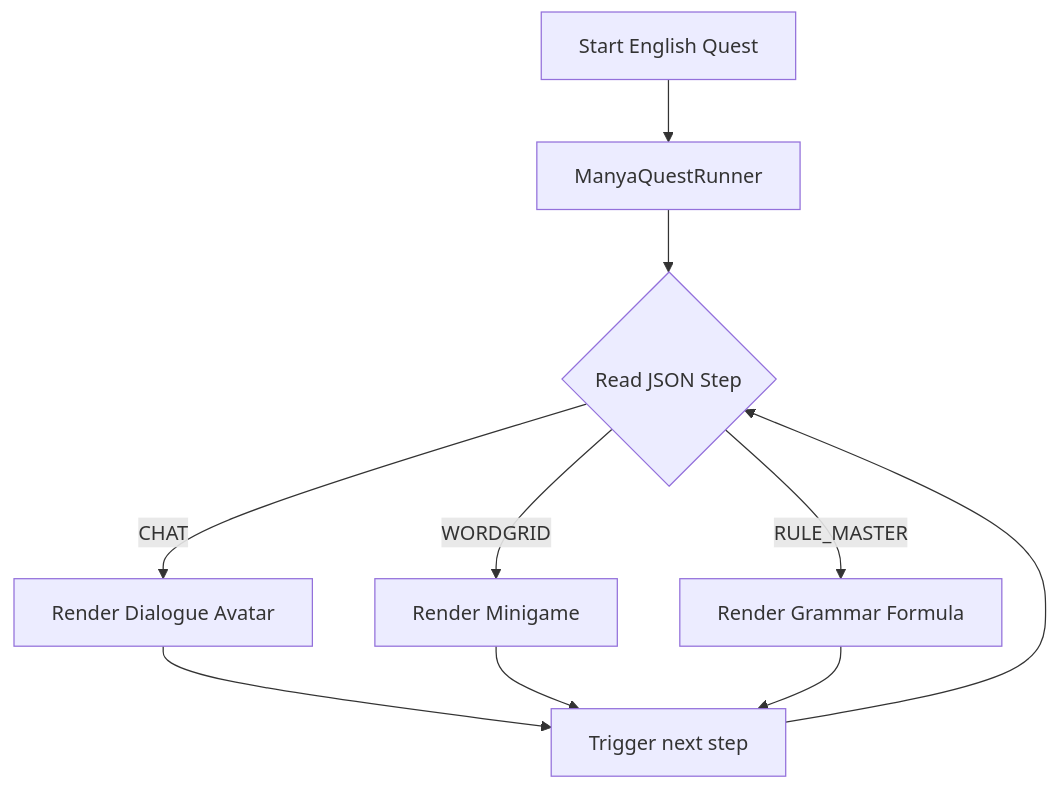
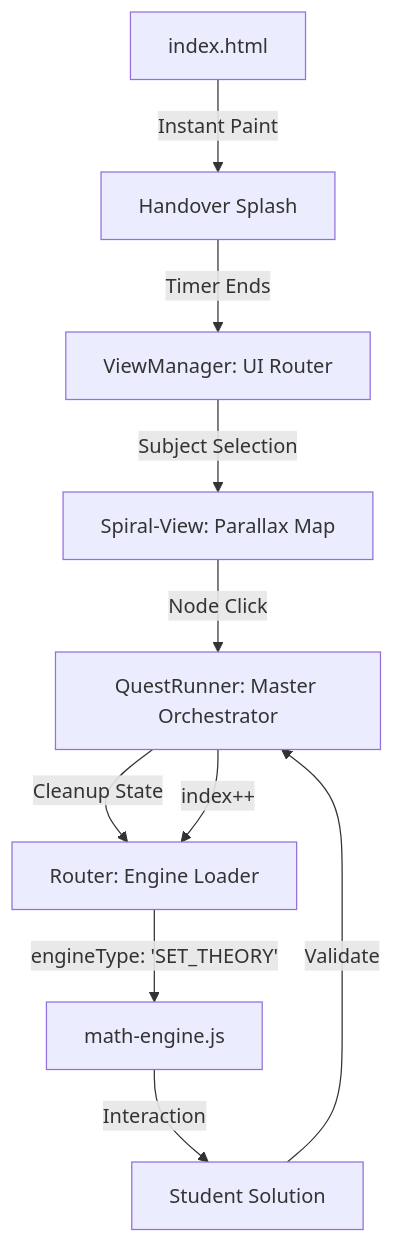
The diagram in README.md (manyaug/manya-ug), drawn with Mermaid before and after one commit. The commit also changed other lines of this file, not shown here.

Commit message:
updated readme with the merged english router

````diff
--- a/README.md
+++ b/README.md
@@ -74,12 +22,12 @@
 ```mermaid
 graph TD
-    A[Start English Quest] --> B[ManyaQuestRunner]
-    B --> C{Read JSON Step}
-    C -- "CHAT" --> D[Render Dialogue Avatar]
-    C -- "WORDGRID" --> E[Render Minigame]
-    C -- "RULE_MASTER" --> F[Render Grammar Formula]
-    D --> G[Trigger next step]
-    E --> G
-    F --> G
-    G --> C
+    A[index.html] -->|Instant Paint| B[Handover Splash]
+    B -->|Timer Ends| C[ViewManager: UI Router]
+    C -->|Subject Selection| D[Spiral-View: Parallax Map]
+    D -->|Node Click| E[QuestRunner: Master Orchestrator]
+    E -->|Cleanup State| F[Router: Engine Loader]
+    F -->|engineType: 'SET_THEORY'| G[math-engine.js]
+    G -->|Interaction| H[Student Solution]
+    H -->|Validate| E
+    E -->|index++| F
 ```
````
